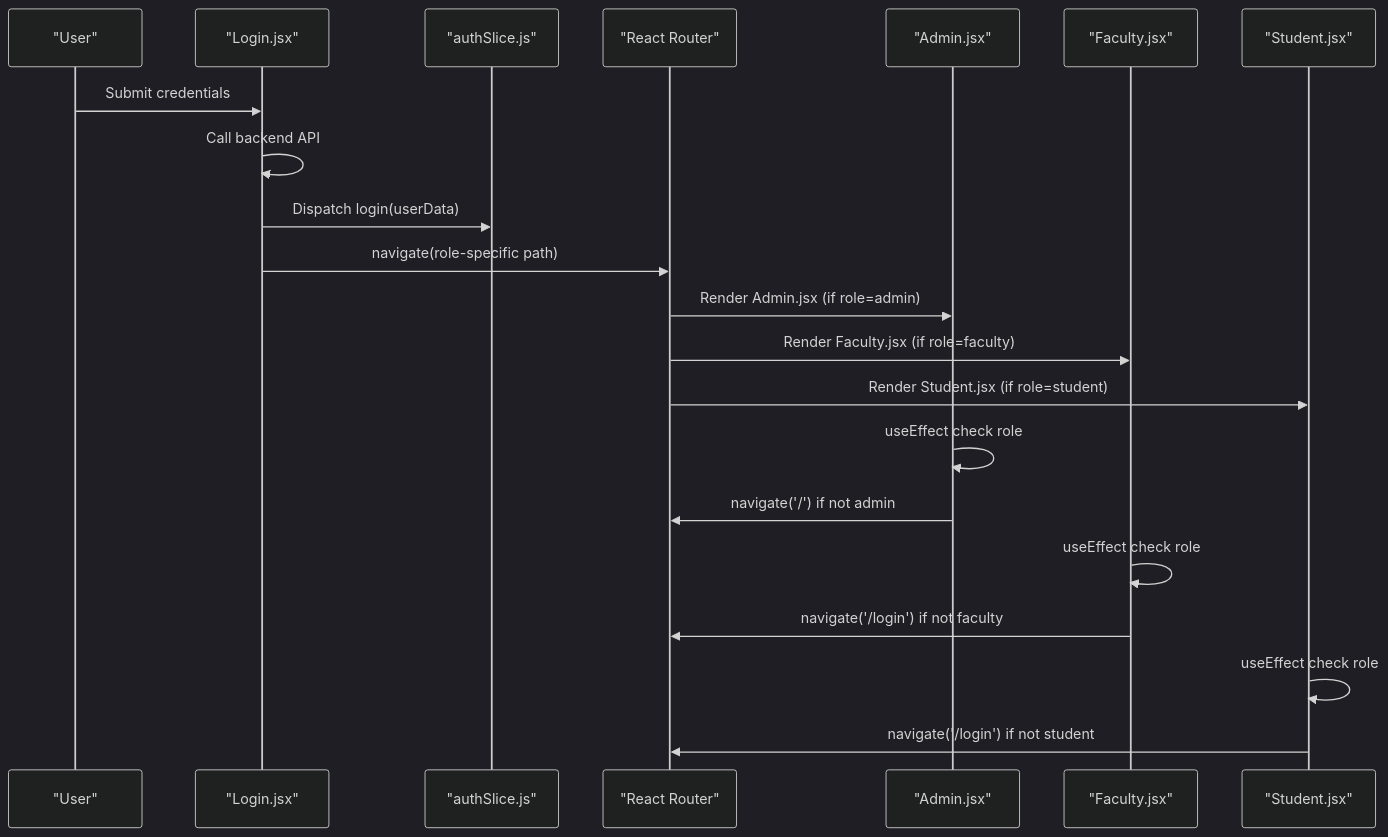
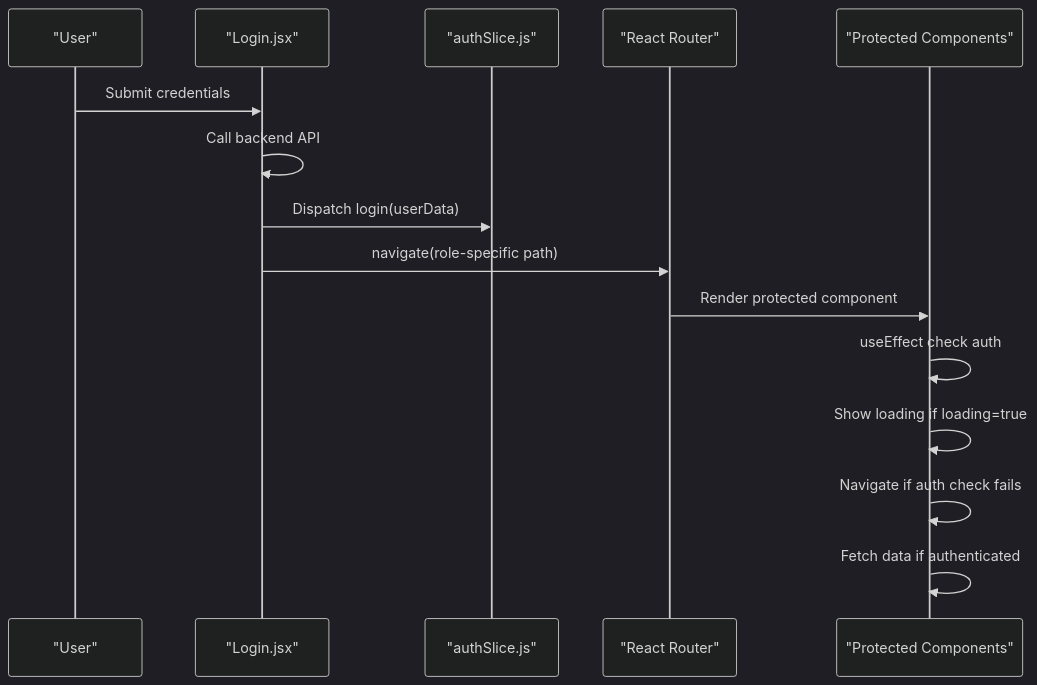
Before and after one commit to Aryan9060/Timetable-Project: the seventh of 12 diagrams in .qoder/repowiki/en/content/Frontend Architecture/Routing System & Navigation.md, drawn with Mermaid (dark theme). The commit also changed other lines of this file and 7 other files, not shown here.

````diff
--- a/.qoder/repowiki/en/content/Frontend Architecture/Routing System & Navigation.md
+++ b/.qoder/repowiki/en/content/Frontend Architecture/Routing System & Navigation.md
@@ -179,23 +312,17 @@
 ```mermaid
 sequenceDiagram
 participant User as "User"
 participant Login as "Login.jsx"
 participant Auth as "authSlice.js"
 participant Router as "React Router"
-participant Admin as "Admin.jsx"
-participant Faculty as "Faculty.jsx"
-participant Student as "Student.jsx"
+participant Protected as "Protected Components"
 User->>Login : Submit credentials
 Login->>Login : Call backend API
 Login->>Auth : Dispatch login(userData)
 Login->>Router : navigate(role-specific path)
-Router->>Admin : Render Admin.jsx (if role=admin)
-Router->>Faculty : Render Faculty.jsx (if role=faculty)
-Router->>Student : Render Student.jsx (if role=student)
-Admin->>Admin : useEffect check role
-Admin->>Router : navigate('/') if not admin
-Faculty->>Faculty : useEffect check role
-Faculty->>Router : navigate('/login') if not faculty
-Student->>Student : useEffect check role
-Student->>Router : navigate('/login') if not student
+Router->>Protected : Render protected component
+Protected->>Protected : useEffect check auth
+Protected->>Protected : Show loading if loading=true
+Protected->>Protected : Navigate if auth check fails
+Protected->>Protected : Fetch data if authenticated
 ```
````
